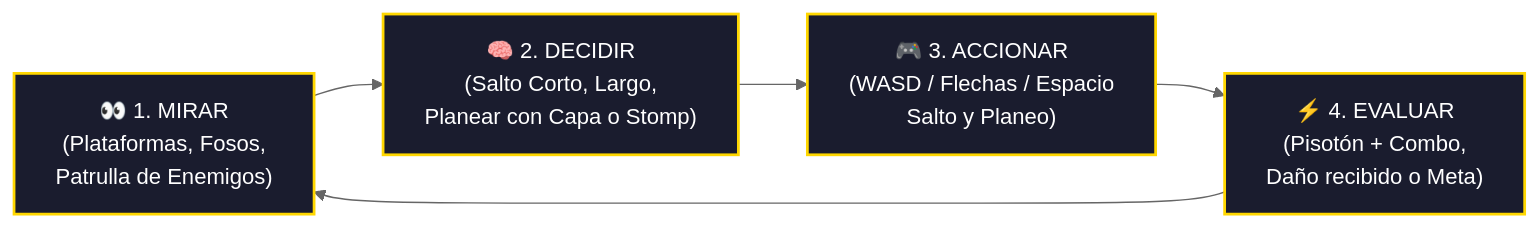
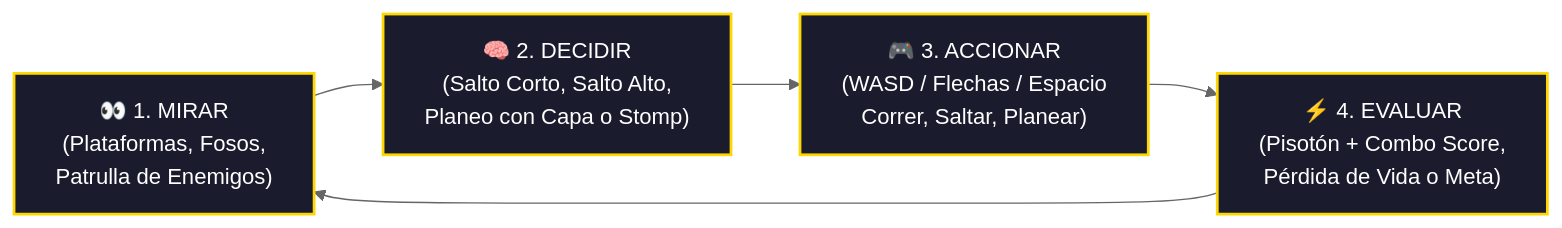
One commit to 2026B-sof-jueg-gr1/AlbanLucas-DorianJoel-jueg-Gr3 changed the first of 2 diagrams in PRESENTACION.md. Above: the diagram before and after it, drawn with Mermaid (neutral theme). The commit also changed other lines of this file and 25 other files, not shown here.

````diff
--- a/PRESENTACION.md
+++ b/PRESENTACION.md
@@ -42,10 +42,10 @@
 ```mermaid
 flowchart LR
-    A["👀 1. MIRAR<br/>(Plataformas, Fosos,<br/>Patrulla de Enemigos)"] --> B["🧠 2. DECIDIR<br/>(Salto Corto, Largo,<br/>Planear con Capa o Stomp)"]
-    B --> C["🎮 3. ACCIONAR<br/>(WASD / Flechas / Espacio<br/>Salto y Planeo)"]
-    C --> D["⚡ 4. EVALUAR<br/>(Pisotón + Combo,<br/>Daño recibido o Meta)"]
+    A["👀 1. MIRAR<br/>(Plataformas, Fosos,<br/>Patrulla de Enemigos)"] --> B["🧠 2. DECIDIR<br/>(Salto Corto, Salto Alto,<br/>Planeo con Capa o Stomp)"]
+    B --> C["🎮 3. ACCIONAR<br/>(WASD / Flechas / Espacio<br/>Correr, Saltar, Planear)"]
+    C --> D["⚡ 4. EVALUAR<br/>(Pisotón + Combo Score,<br/>Pérdida de Vida o Meta)"]
     D --> A
 
     classDef stage fill:#1a1c2e,stroke:#ffd700,stroke-width:2px,color:#ffffff;
     class A,B,C,D stage;
 ```
````
